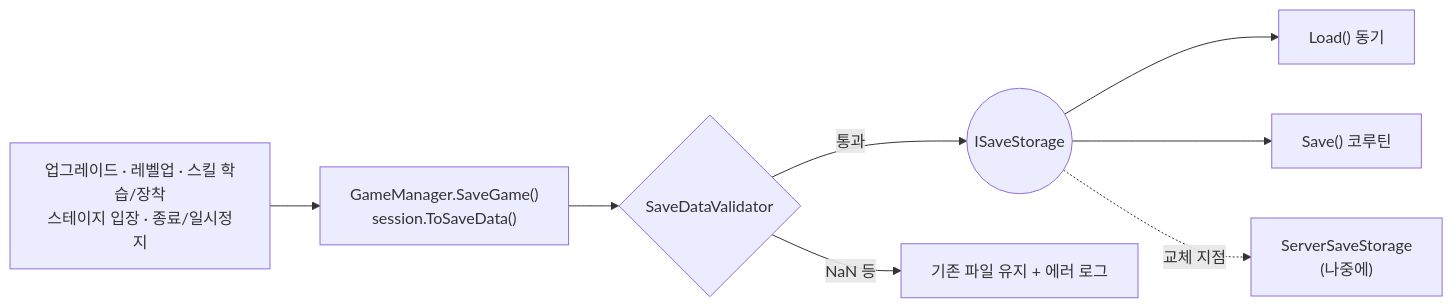
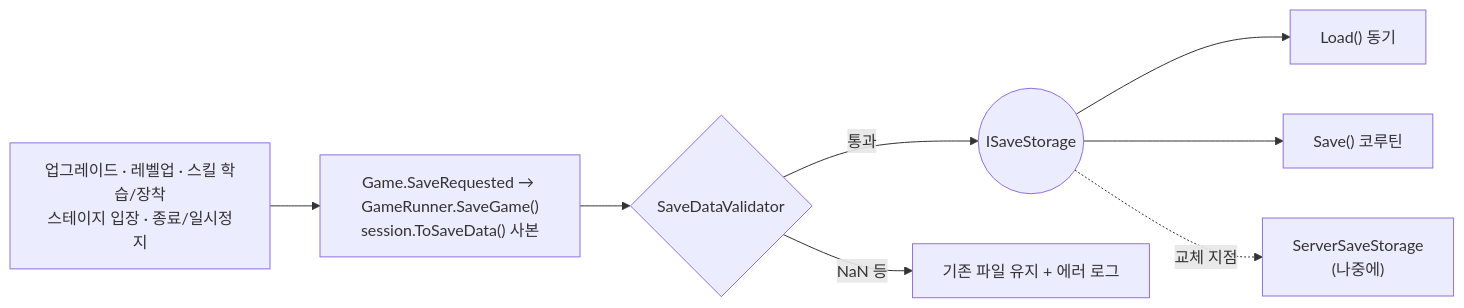
Before and after one commit to answk427/IdleGameProtoType: the sixth of 6 diagrams in README.md, drawn with Mermaid. The commit also changed other lines of this file and 113 other files, not shown here.

````diff
--- a/README.md
+++ b/README.md
@@ -220,10 +225,10 @@
 ```mermaid
 flowchart LR
-    E["업그레이드 · 레벨업 · 스킬 학습/장착<br/>스테이지 입장 · 종료/일시정지"] --> SG["GameManager.SaveGame()<br/>session.ToSaveData()"]
+    E["업그레이드 · 레벨업 · 스킬 학습/장착<br/>스테이지 입장 · 종료/일시정지"] --> SG["Game.SaveRequested → GameRunner.SaveGame()<br/>session.ToSaveData() 사본"]
     SG --> V{"SaveDataValidator"}
     V -->|"통과"| ISS(("ISaveStorage"))
     V -->|"NaN 등"| KEEP["기존 파일 유지 + 에러 로그"]
     ISS --> L["Load() 동기"]
     ISS --> S["Save() 코루틴"]
     ISS -.교체 지점.-> SV["ServerSaveStorage<br/>(나중에)"]
 ```
````
